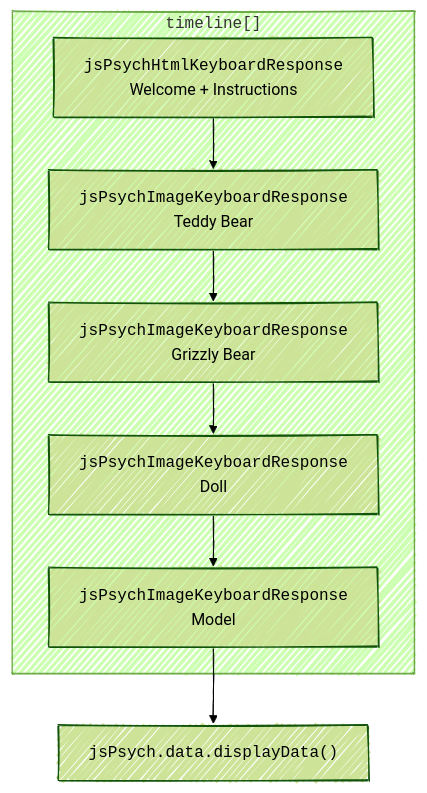
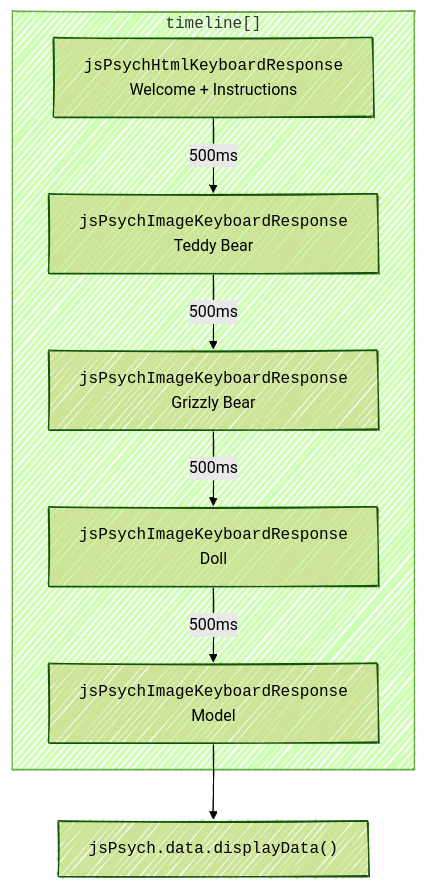
One commit to dgmulf/rt_plusplus changed the diagram in flowchart.mmd. Above: the diagram before and after it, drawn with Mermaid.

Commit message:
post-trial gaps

```diff
--- a/flowchart.mmd
+++ b/flowchart.mmd
@@ -1,14 +1,14 @@
 %%{init: {'theme':'forest','look':'handDrawn','themeVariables': { 'fontFamily': 'Chalkduster' }}}%%
 flowchart TD
   subgraph TL["<code>timeline[]</code>"]
     W[<code>jsPsychHtmlKeyboardResponse</code><br/>Welcome + Instructions]
     I1[<code>jsPsychImageKeyboardResponse</code><br/>Teddy Bear]
     I2[<code>jsPsychImageKeyboardResponse</code><br/>Grizzly Bear]
     I3[<code>jsPsychImageKeyboardResponse</code><br/>Doll]
     I4[<code>jsPsychImageKeyboardResponse</code><br/>Model]
 
-    W --> I1 --> I2 --> I3 --> I4
+    W -->|500ms| I1 -->|500ms| I2 -->|500ms| I3 -->|500ms| I4
   end
 
   D["<code>jsPsych.data.displayData()</code>"]
   I4 --> D
```
